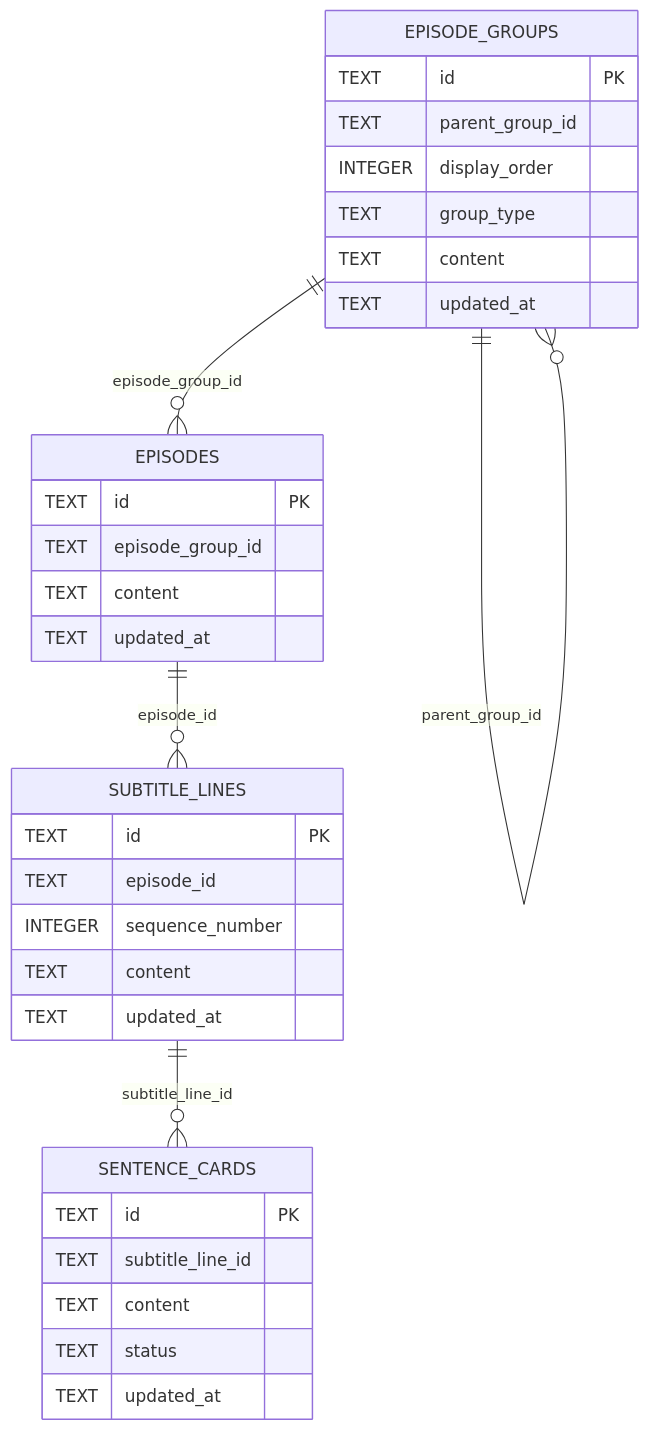
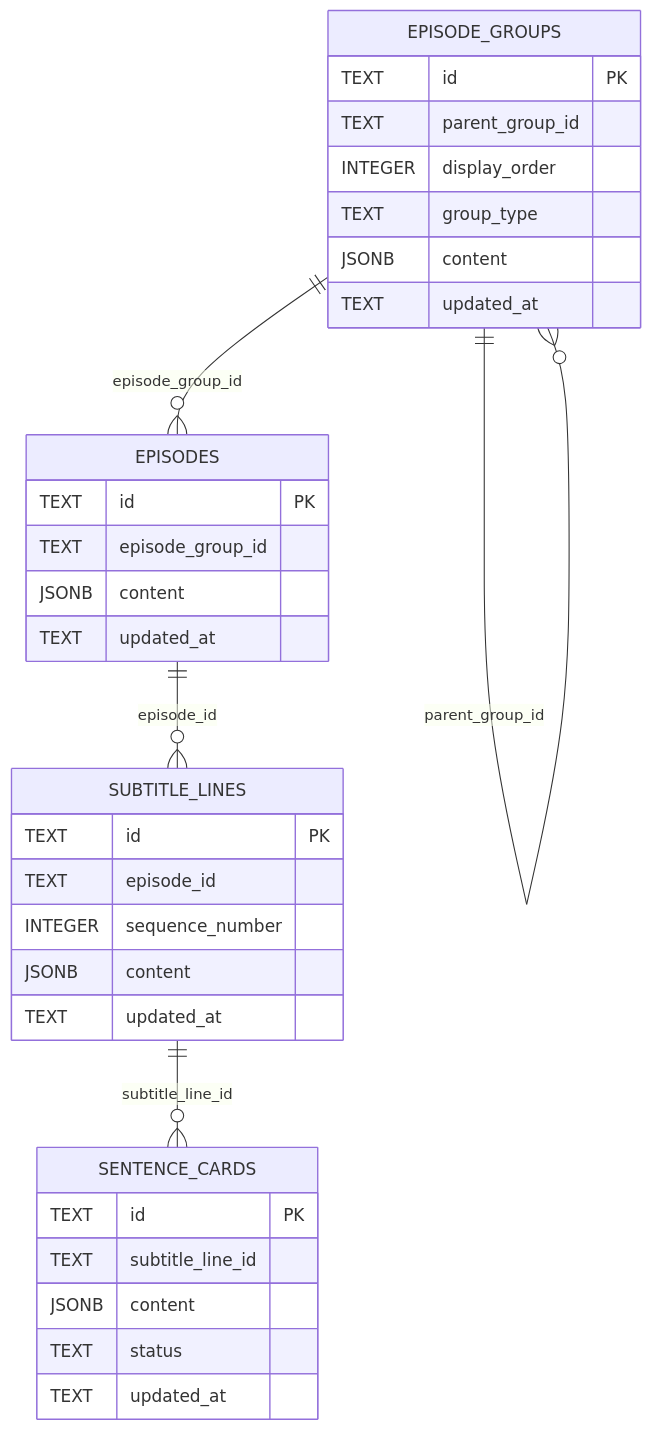
Before and after one commit to k5n/kotonoha: the second of 2 diagrams in doc/technical_specifications.md, drawn with Mermaid. The commit also changed other lines of this file and 2 other files, not shown here.

Commit message:
docs: Update content handling to use JSONB format and camelCase properties

````diff
--- a/doc/technical_specifications.md
+++ b/doc/technical_specifications.md
@@ -215,36 +216,36 @@
 ```mermaid
 erDiagram
     EPISODE_GROUPS {
         TEXT id PK
         TEXT parent_group_id
         INTEGER display_order
         TEXT group_type
-        TEXT content
+        JSONB content
         TEXT updated_at
     }
     EPISODES {
         TEXT id PK
         TEXT episode_group_id
-        TEXT content
+        JSONB content
         TEXT updated_at
     }
     SUBTITLE_LINES {
         TEXT id PK
         TEXT episode_id
         INTEGER sequence_number
-        TEXT content
+        JSONB content
         TEXT updated_at
     }
     SENTENCE_CARDS {
         TEXT id PK
         TEXT subtitle_line_id
-        TEXT content
+        JSONB content
         TEXT status
         TEXT updated_at
     }
 
     EPISODE_GROUPS ||--o{ EPISODE_GROUPS : "parent_group_id"
     EPISODE_GROUPS ||--o{ EPISODES : "episode_group_id"
     EPISODES ||--o{ SUBTITLE_LINES : "episode_id"
     SUBTITLE_LINES ||--o{ SENTENCE_CARDS : "subtitle_line_id"
 ```
````
